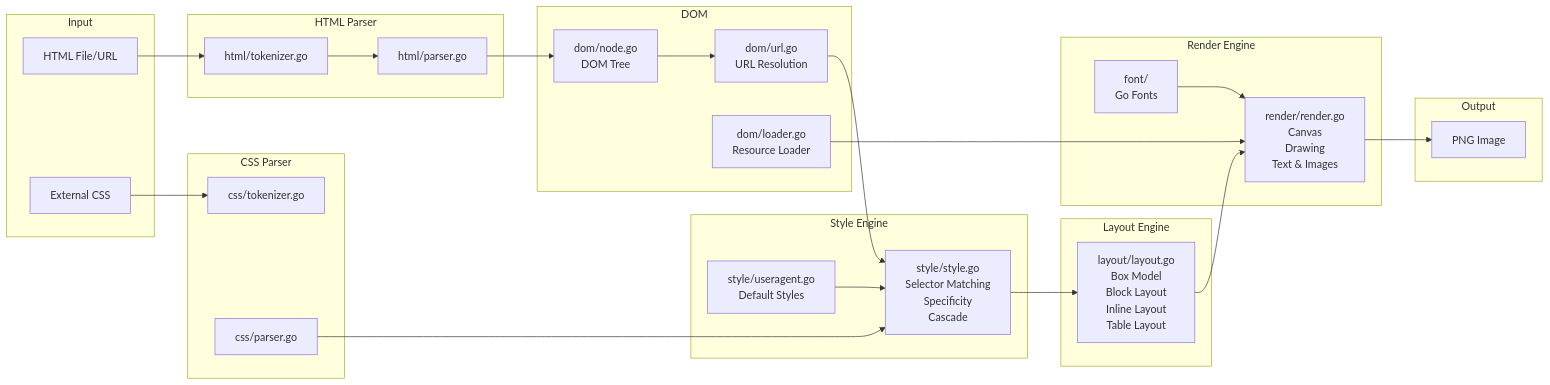
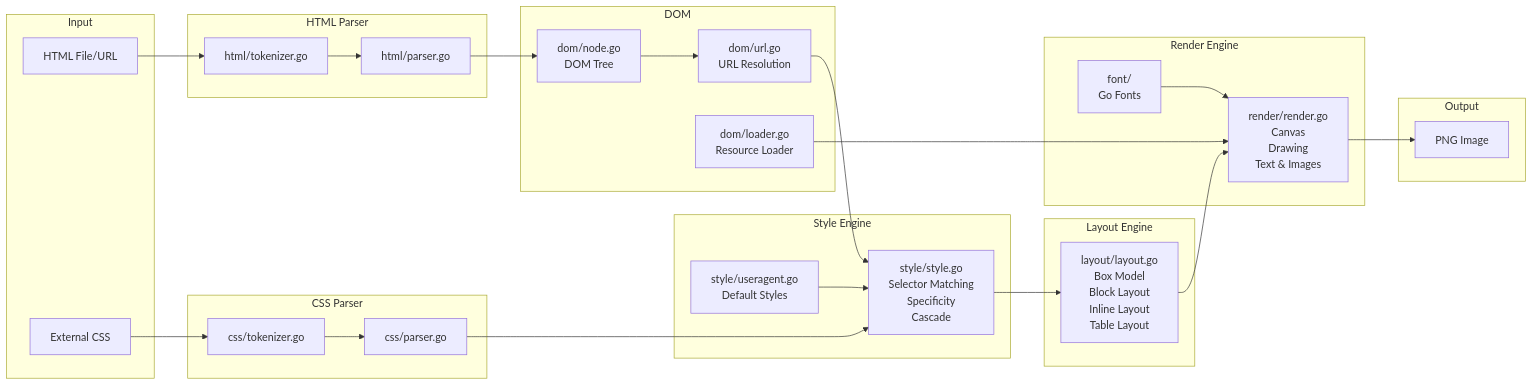
The first of 6 diagrams in ARCHITECTURE.md (lukehoban/browser), drawn with Mermaid before and after one commit. The commit also changed other lines of this file, not shown here.

Commit message:
docs: fix architecture diagram accuracy based on code review

````diff
--- a/ARCHITECTURE.md
+++ b/ARCHITECTURE.md
@@ -19,52 +19,52 @@
 ```mermaid
 flowchart LR
     subgraph Input
         HTML[HTML File/URL]
         ExtCSS[External CSS]
     end
 
     subgraph "HTML Parser"
         Tokenizer1["html/tokenizer.go"]
         Parser1["html/parser.go"]
     end
 
     subgraph "CSS Parser"
         Tokenizer2["css/tokenizer.go"]
         Parser2["css/parser.go"]
     end
 
     subgraph "DOM"
         DOMTree["dom/node.go<br/>DOM Tree"]
         URLResolver["dom/url.go<br/>URL Resolution"]
         Loader["dom/loader.go<br/>Resource Loader"]
     end
 
     subgraph "Style Engine"
         StyleComp["style/style.go<br/>Selector Matching<br/>Specificity<br/>Cascade"]
         UASheet["style/useragent.go<br/>Default Styles"]
     end
 
     subgraph "Layout Engine"
         LayoutCalc["layout/layout.go<br/>Box Model<br/>Block Layout<br/>Inline Layout<br/>Table Layout"]
     end
 
     subgraph "Render Engine"
         Renderer["render/render.go<br/>Canvas<br/>Drawing<br/>Text & Images"]
         FontPkg["font/<br/>Go Fonts"]
     end
 
     subgraph Output
         PNG[PNG Image]
     end
 
     HTML --> Tokenizer1 --> Parser1 --> DOMTree
-    ExtCSS --> Tokenizer2
+    ExtCSS --> Tokenizer2 --> Parser2
     DOMTree --> URLResolver --> StyleComp
     Parser2 --> StyleComp
     UASheet --> StyleComp
     StyleComp --> LayoutCalc
     LayoutCalc --> Renderer
     FontPkg --> Renderer
     Loader --> Renderer
     Renderer --> PNG
 ```
````
